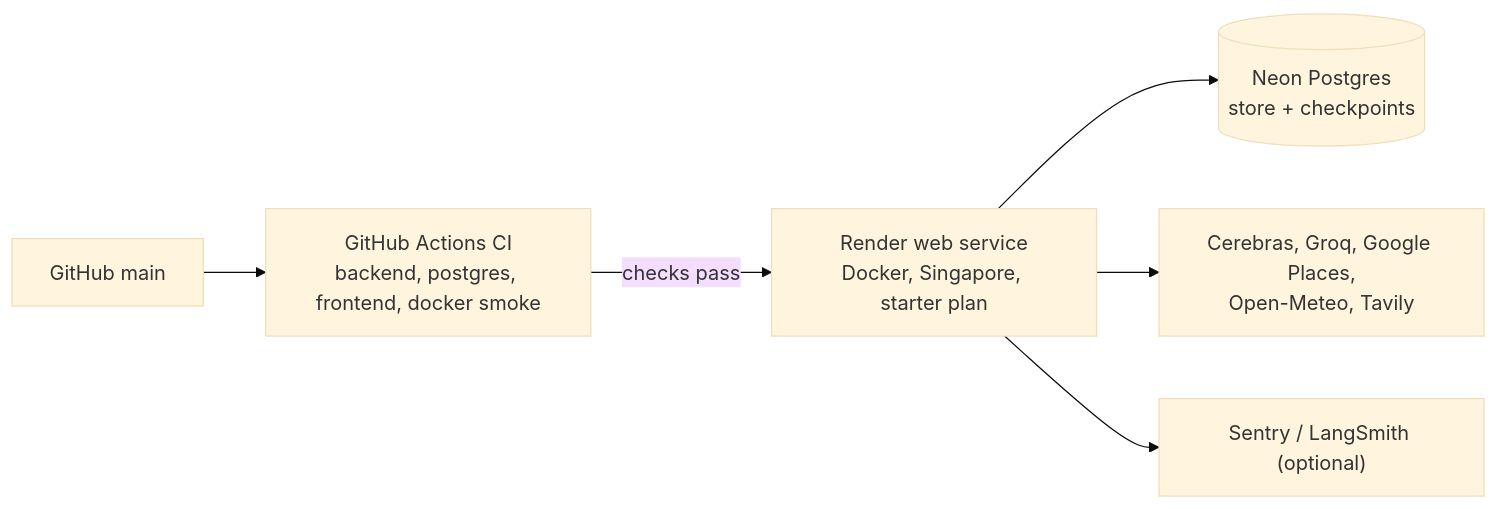
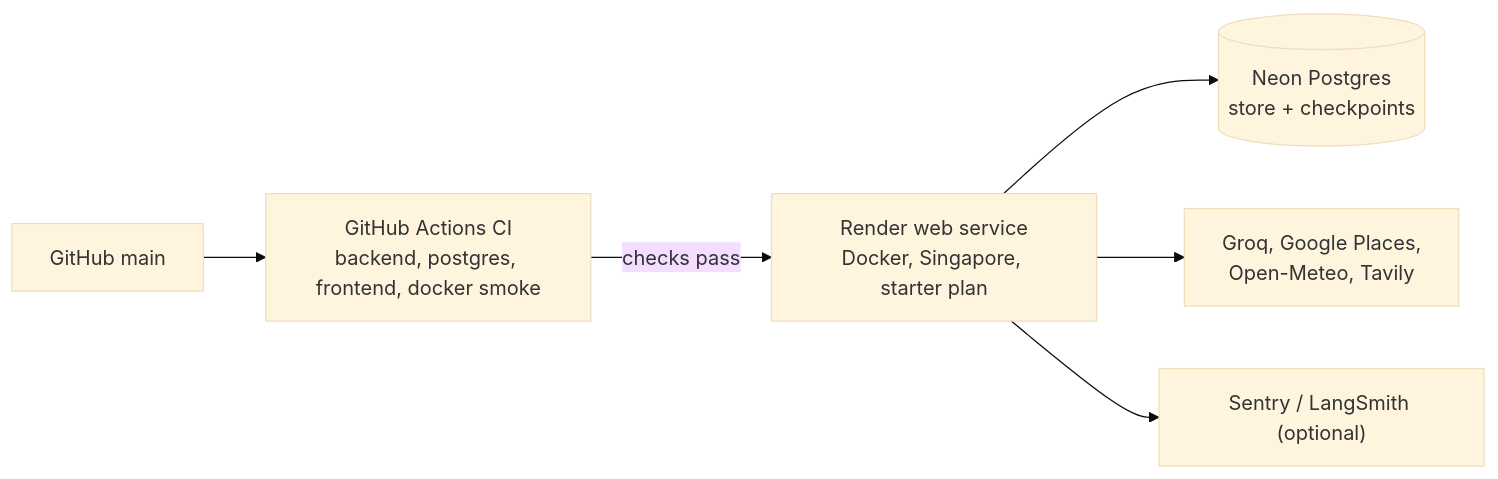
One commit to Vatsalya001/itinerary_planner changed the sixth of 6 diagrams in docs/HLD.md. Above: the diagram before and after it, drawn with Mermaid (base theme). The commit also changed other lines of this file and 9 other files, not shown here.

Commit message:
Configure Groq production model and document Render deployment

````diff
--- a/docs/HLD.md
+++ b/docs/HLD.md
@@ -317,8 +317,8 @@
 ```mermaid
 flowchart LR
     gh["GitHub main"] --> ci["GitHub Actions CI<br/>backend, postgres, frontend, docker smoke"]
     ci -->|checks pass| render["Render web service<br/>Docker, Singapore, starter plan"]
     render --> neon[("Neon Postgres<br/>store + checkpoints")]
-    render --> apis["Cerebras, Groq, Google Places,<br/>Open-Meteo, Tavily"]
+    render --> apis["Groq, Google Places,<br/>Open-Meteo, Tavily"]
     render --> sentry["Sentry / LangSmith (optional)"]
 ```
````
